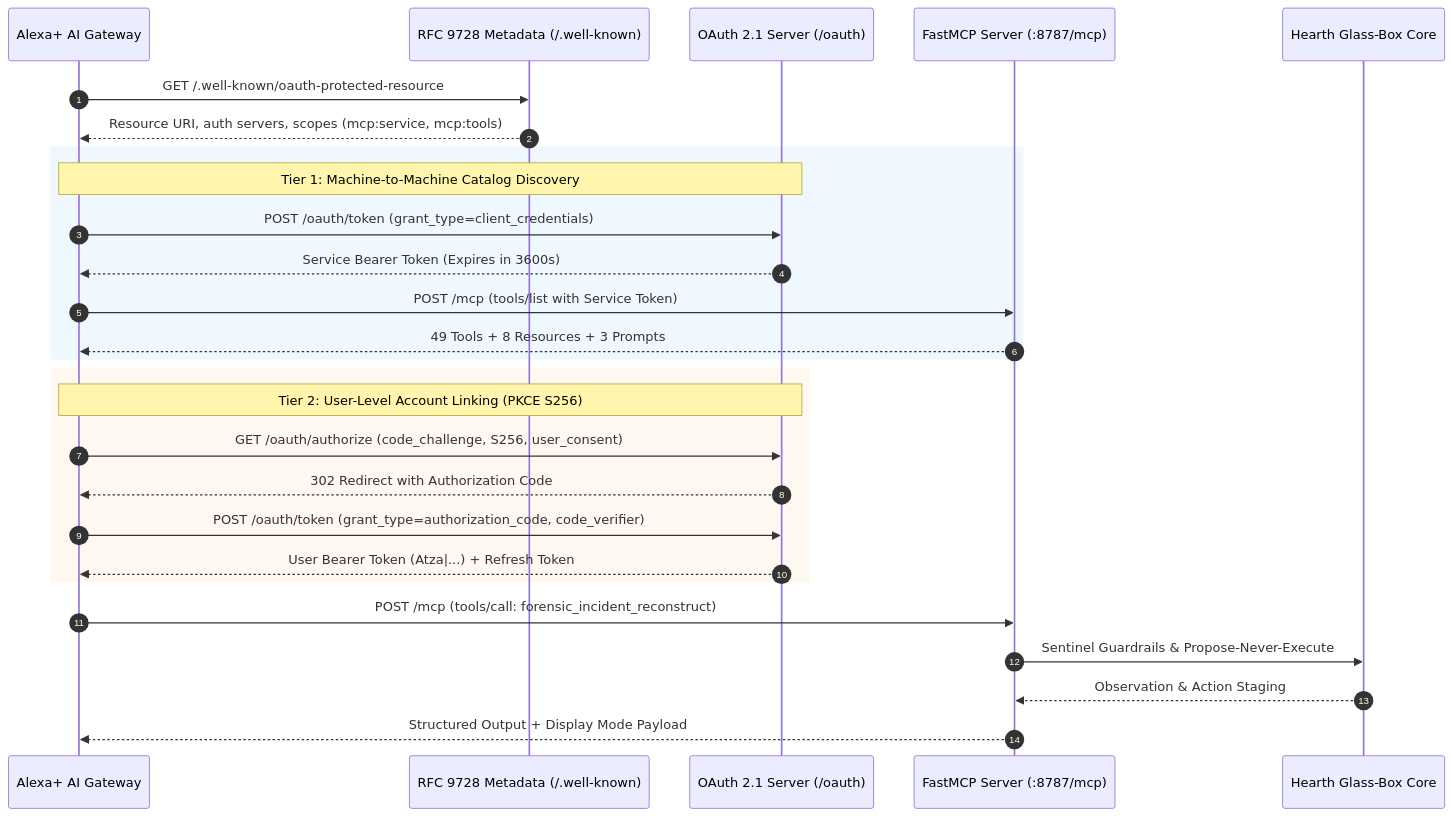
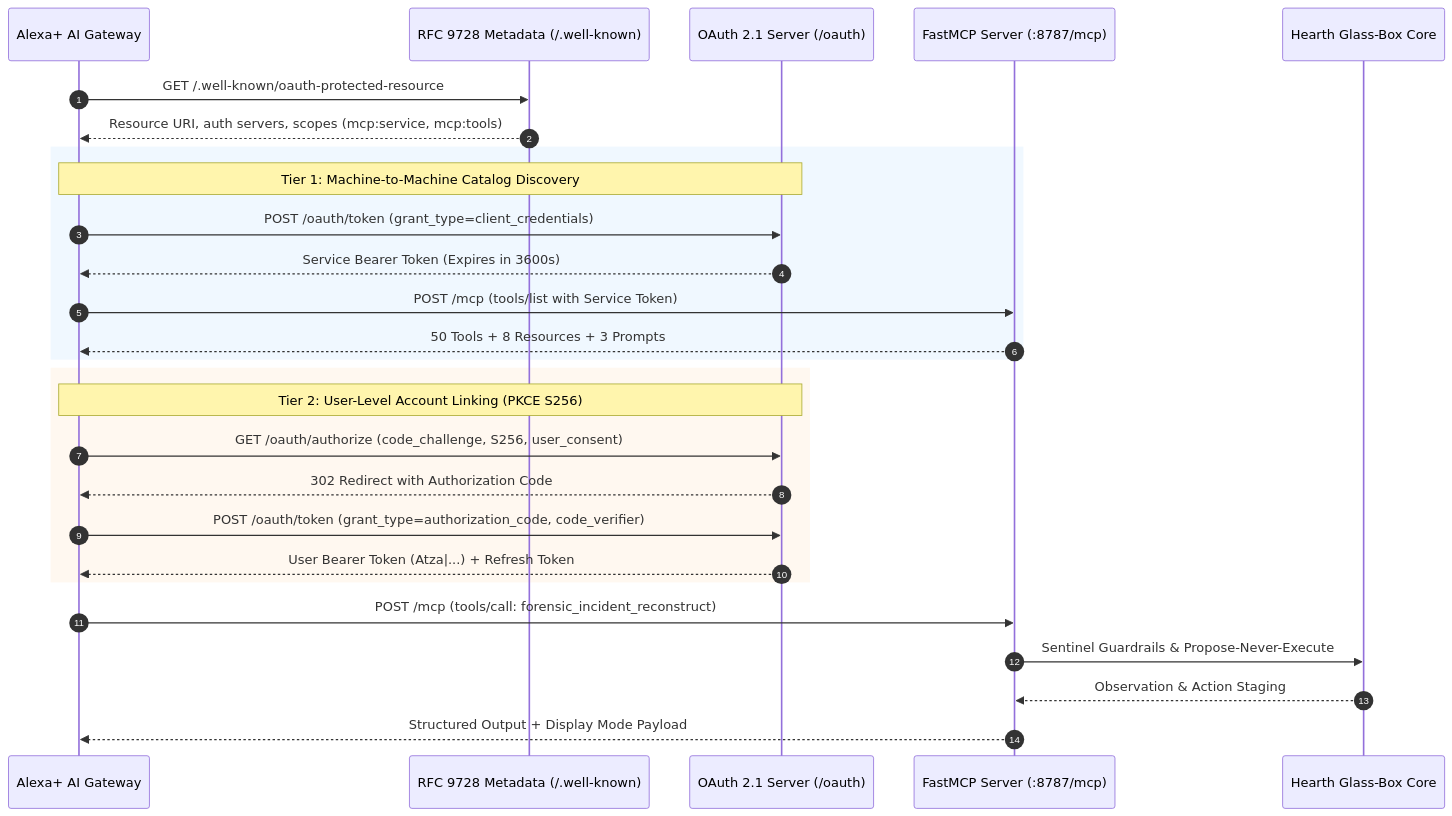
Before and after one commit to krishivjoshi219-collab/Hearth-Universal: the second of 2 diagrams in README.md, drawn with Mermaid. The commit also changed other lines of this file and 9 other files, not shown here.

Commit message:
feat(timetravel): 9th innovation read-only decision replay (API + MCP tool + tray UI, 9 tests, 50 tools / 222 tests)

````diff
--- a/README.md
+++ b/README.md
@@ -234,33 +234,33 @@
 ```mermaid
 sequenceDiagram
     autonumber
     participant Alexa as Alexa+ AI Gateway
     participant PRM as RFC 9728 Metadata (/.well-known)
     participant OAuth as OAuth 2.1 Server (/oauth)
     participant MCP as FastMCP Server (:8787/mcp)
     participant Hearth as Hearth Glass-Box Core
 
     Alexa->>PRM: GET /.well-known/oauth-protected-resource
     PRM-->>Alexa: Resource URI, auth servers, scopes (mcp:service, mcp:tools)
     
     rect rgb(240, 248, 255)
     Note over Alexa,OAuth: Tier 1: Machine-to-Machine Catalog Discovery
     Alexa->>OAuth: POST /oauth/token (grant_type=client_credentials)
     OAuth-->>Alexa: Service Bearer Token (Expires in 3600s)
     Alexa->>MCP: POST /mcp (tools/list with Service Token)
-    MCP-->>Alexa: 49 Tools + 8 Resources + 3 Prompts
+    MCP-->>Alexa: 50 Tools + 8 Resources + 3 Prompts
     end
 
     rect rgb(255, 248, 240)
     Note over Alexa,OAuth: Tier 2: User-Level Account Linking (PKCE S256)
     Alexa->>OAuth: GET /oauth/authorize (code_challenge, S256, user_consent)
     OAuth-->>Alexa: 302 Redirect with Authorization Code
     Alexa->>OAuth: POST /oauth/token (grant_type=authorization_code, code_verifier)
     OAuth-->>Alexa: User Bearer Token (Atza|...) + Refresh Token
     end
 
     Alexa->>MCP: POST /mcp (tools/call: forensic_incident_reconstruct)
     MCP->>Hearth: Sentinel Guardrails & Propose-Never-Execute
     Hearth-->>MCP: Observation & Action Staging
     MCP-->>Alexa: Structured Output + Display Mode Payload
 ```
````
